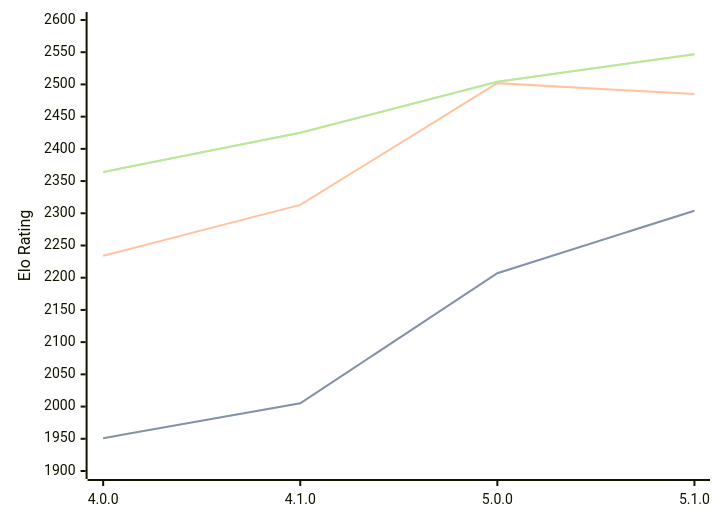
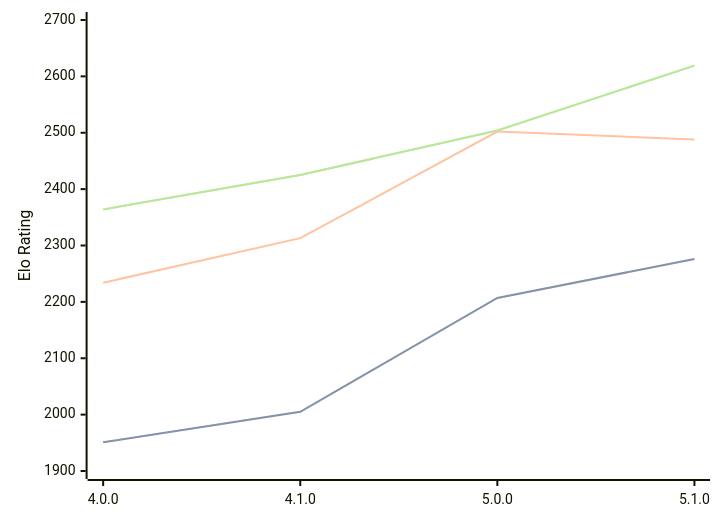
The diagram in engines/Aconcagua.md (computer-chess-index/cci), drawn with Mermaid before and after one commit. The commit also changed other lines of this file, not shown here.

Commit message:
Update CCI Ratings (ELO VLTC) - 2026-03-02

````diff
--- a/engines/Aconcagua.md
+++ b/engines/Aconcagua.md
@@ -41,11 +41,11 @@
 ```mermaid
 %%{init: {"theme":"base","themeVariables":{"seriesColors:['#a3a3a3','#222221','#faa371']}}}%%
 xychart-beta
   x-axis ["4.0.0", "4.1.0", "5.0.0", "5.1.0"]
-  y-axis "Elo Rating" 1900 --> 2600
-  line "STC (8.0+0.08s)" [1951, 2005, 2207, 2304]
-  line "STC (8.0+0.08s)" [1951, 2005, 2207, 2304]
-  line "LTC (60.0+0.60s)" [2234, 2313, 2502, 2485]
-  line "VLTC (2m24s+1.12s)" [2364, 2425, 2504, 2547]
-  line "VLTC (2m24s+1.12s)" [2364, 2425, 2504, 2547]
+  y-axis "Elo Rating" 1900 --> 2700
+  line "STC (8.0+0.08s)" [1951, 2005, 2207, 2276]
+  line "STC (8.0+0.08s)" [1951, 2005, 2207, 2276]
+  line "LTC (60.0+0.60s)" [2234, 2313, 2502, 2488]
+  line "VLTC (2m24s+1.12s)" [2364, 2425, 2504, 2619]
+  line "VLTC (2m24s+1.12s)" [2364, 2425, 2504, 2619]
 ```
````
